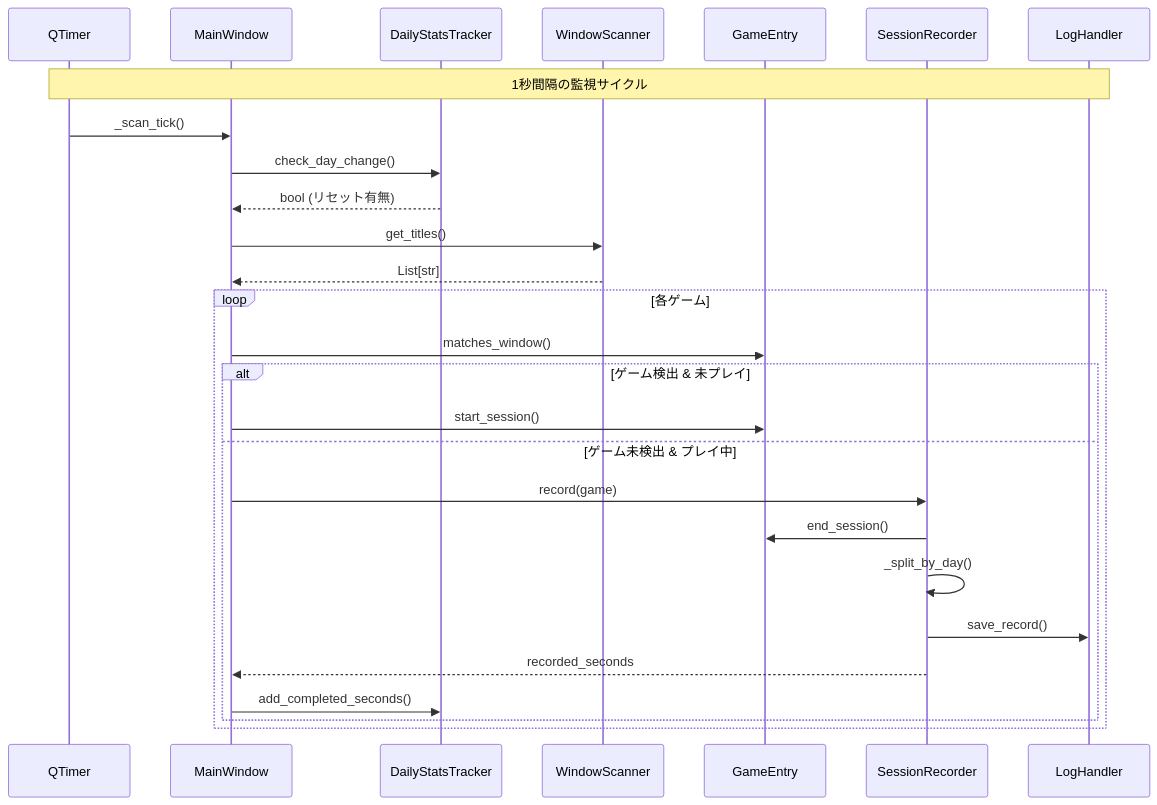
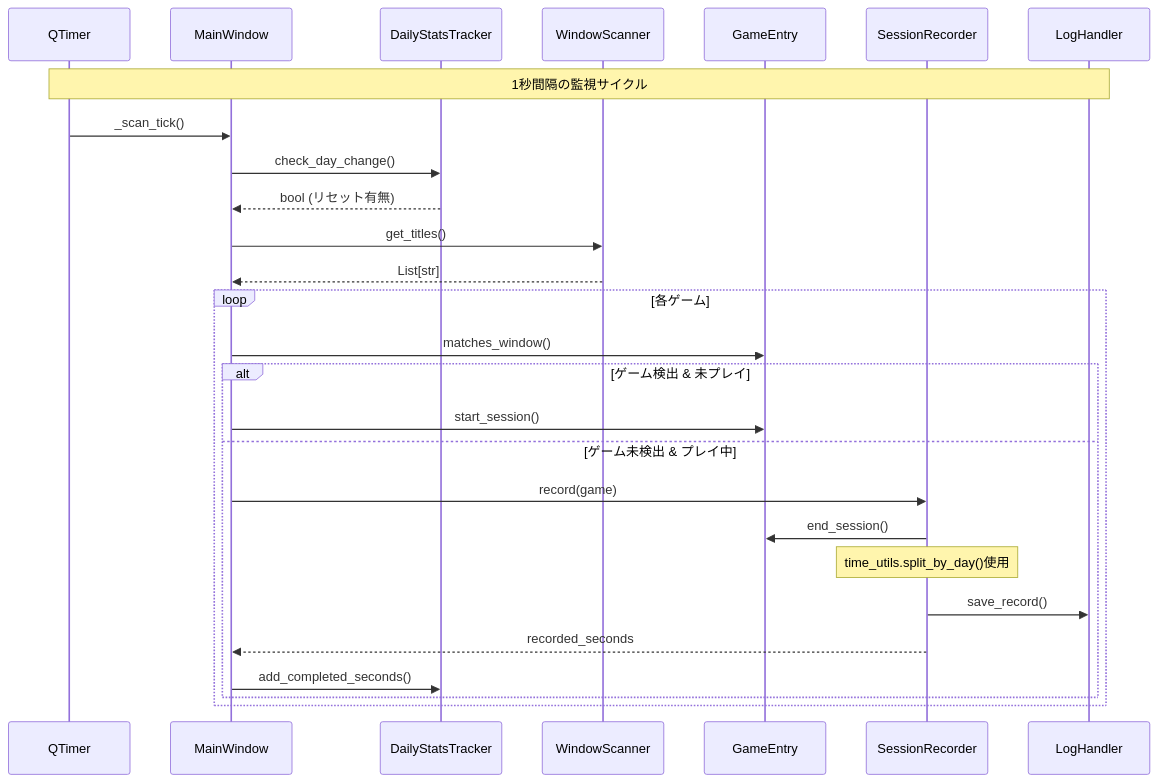
Before and after one commit to ynanigashi/game_time_tracker: the third of 3 diagrams in SPEC.md, drawn with Mermaid. The commit also changed other lines of this file and 12 other files, not shown here.

````diff
--- a/SPEC.md
+++ b/SPEC.md
@@ -169,31 +265,31 @@
 ```mermaid
 sequenceDiagram
     participant Timer as QTimer
     participant MW as MainWindow
     participant DS as DailyStatsTracker
     participant WS as WindowScanner
     participant GE as GameEntry
     participant SR as SessionRecorder
     participant LH as LogHandler
 
     Note over Timer,LH: 1秒間隔の監視サイクル
     Timer->>MW: _scan_tick()
     MW->>DS: check_day_change()
     DS-->>MW: bool (リセット有無)
     MW->>WS: get_titles()
     WS-->>MW: List[str]
     
     loop 各ゲーム
         MW->>GE: matches_window()
         alt ゲーム検出 & 未プレイ
             MW->>GE: start_session()
         else ゲーム未検出 & プレイ中
             MW->>SR: record(game)
             SR->>GE: end_session()
-            SR->>SR: _split_by_day()
+            Note over SR: time_utils.split_by_day()使用
             SR->>LH: save_record()
             SR-->>MW: recorded_seconds
             MW->>DS: add_completed_seconds()
         end
     end
 ```
````
